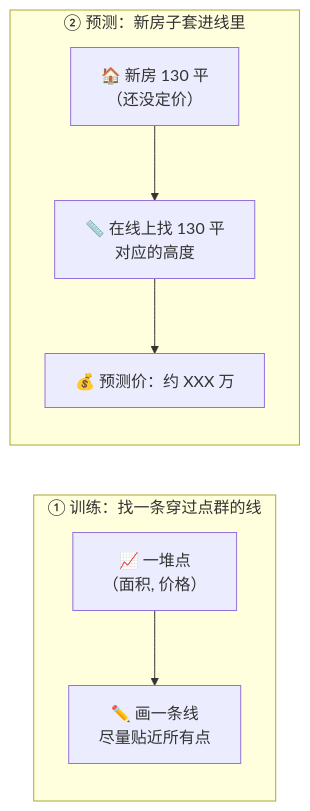
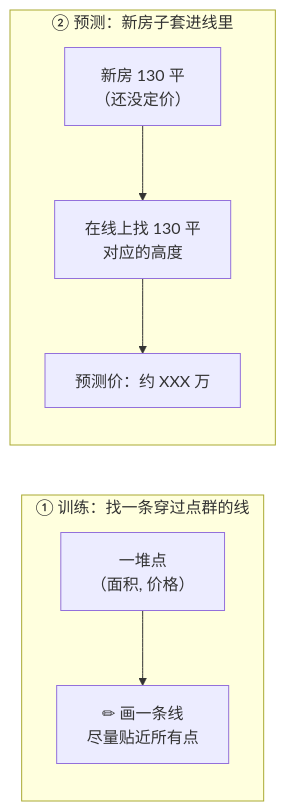
The fifth of 6 diagrams in docs/02_CONCEPTS_概念入门/CONCEPT/[CONCEPT-12] 什么是机器学习-MachineLearning.md (luckykhy/KhyAiHub), drawn with Mermaid before and after one commit. The commit also changed other lines of this file and 19 other files, not shown here.

````diff
--- a/docs/02_CONCEPTS_概念入门/CONCEPT/[CONCEPT-12] 什么是机器学习-MachineLearning.md
+++ b/docs/02_CONCEPTS_概念入门/CONCEPT/[CONCEPT-12] 什么是机器学习-MachineLearning.md
@@ -243,10 +243,10 @@
 ```mermaid
 flowchart LR
   subgraph 训练["① 训练：找一条穿过点群的线"]
-    P["📈 一堆点<br/>（面积, 价格）"] --> L["✏️ 画一条线<br/>尽量贴近所有点"]
+    P["一堆点<br/>（面积, 价格）"] --> L["✏ 画一条线<br/>尽量贴近所有点"]
   end
   subgraph 预测["② 预测：新房子套进线里"]
-    N["🏠 新房 130 平<br/>（还没定价）"] --> L2["📏 在线上找 130 平<br/>对应的高度"]
-    L2 --> R["💰 预测价：约 XXX 万"]
+    N["新房 130 平<br/>（还没定价）"] --> L2["在线上找 130 平<br/>对应的高度"]
+    L2 --> R["预测价：约 XXX 万"]
   end
 ```
````
